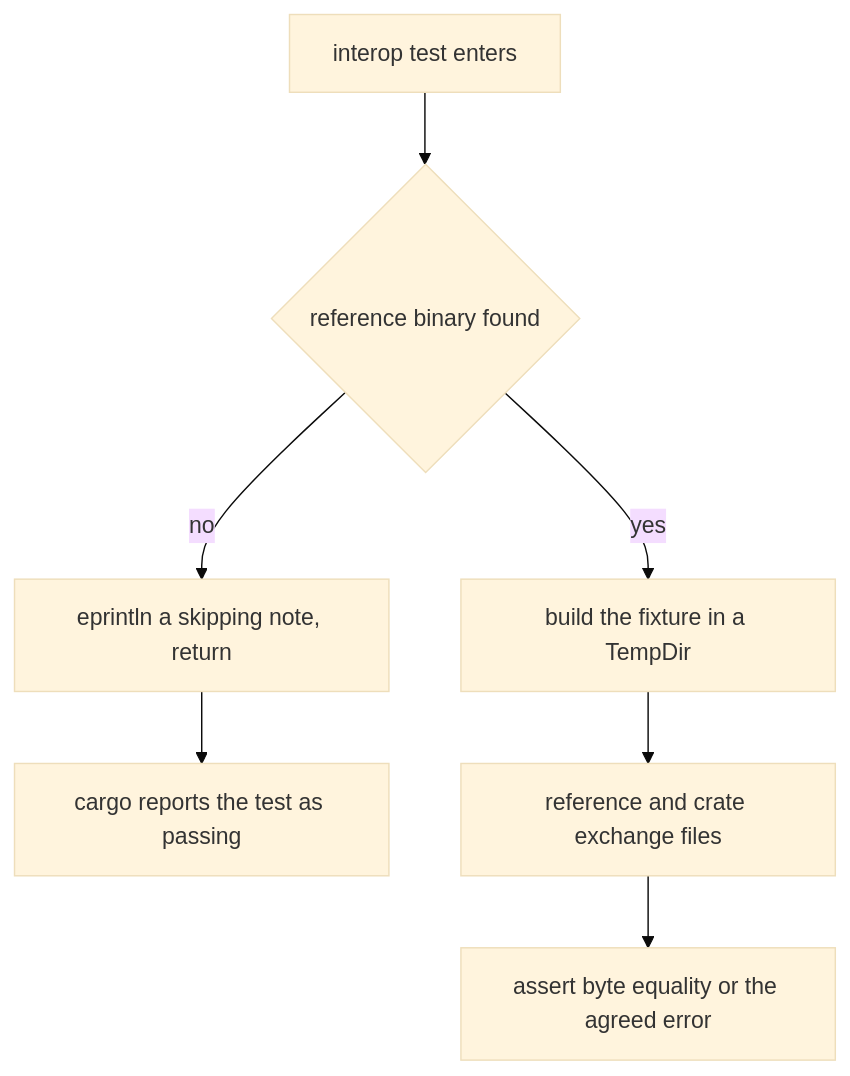
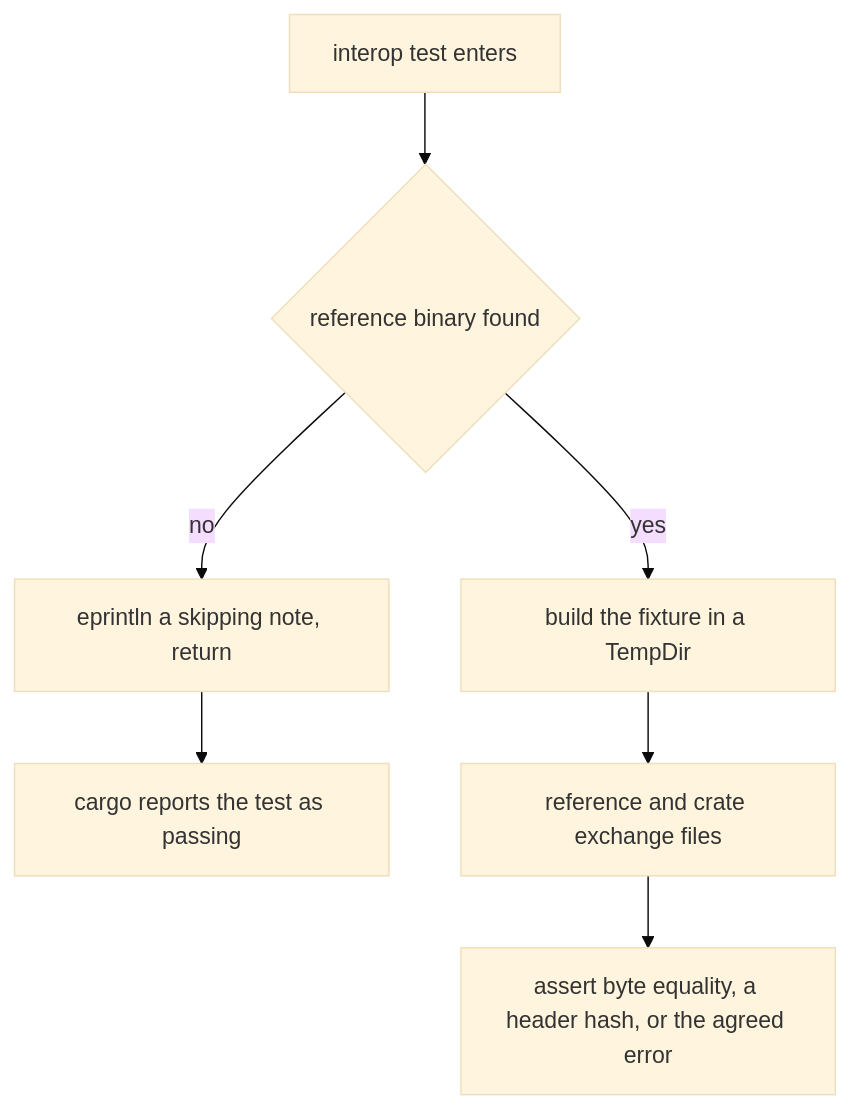
One commit to alucryd/oxyromon changed the second of 3 diagrams in openwiki/testing/format-crate-tests.md. Above: the diagram before and after it, drawn with Mermaid (base theme). The commit also changed other lines of this file and 69 other files, not shown here.

````diff
--- a/openwiki/testing/format-crate-tests.md
+++ b/openwiki/testing/format-crate-tests.md
@@ -130,9 +150,9 @@
 ```mermaid
 flowchart TD
   A["interop test enters"] --> B{"reference binary found"}
   B -- "no" --> C["eprintln a skipping note, return"]
   C --> D["cargo reports the test as passing"]
   B -- "yes" --> E["build the fixture in a TempDir"]
   E --> F["reference and crate exchange files"]
-  F --> G["assert byte equality or the agreed error"]
+  F --> G["assert byte equality, a header hash, or the agreed error"]
 ```
````
